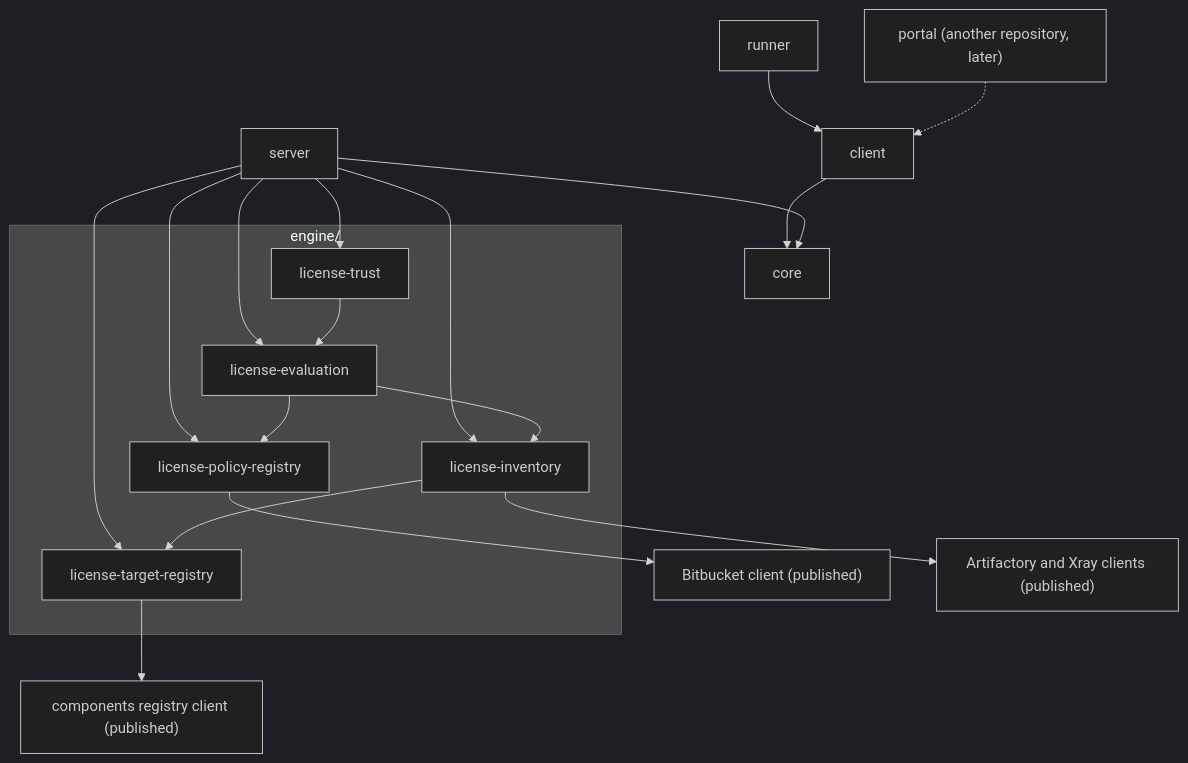
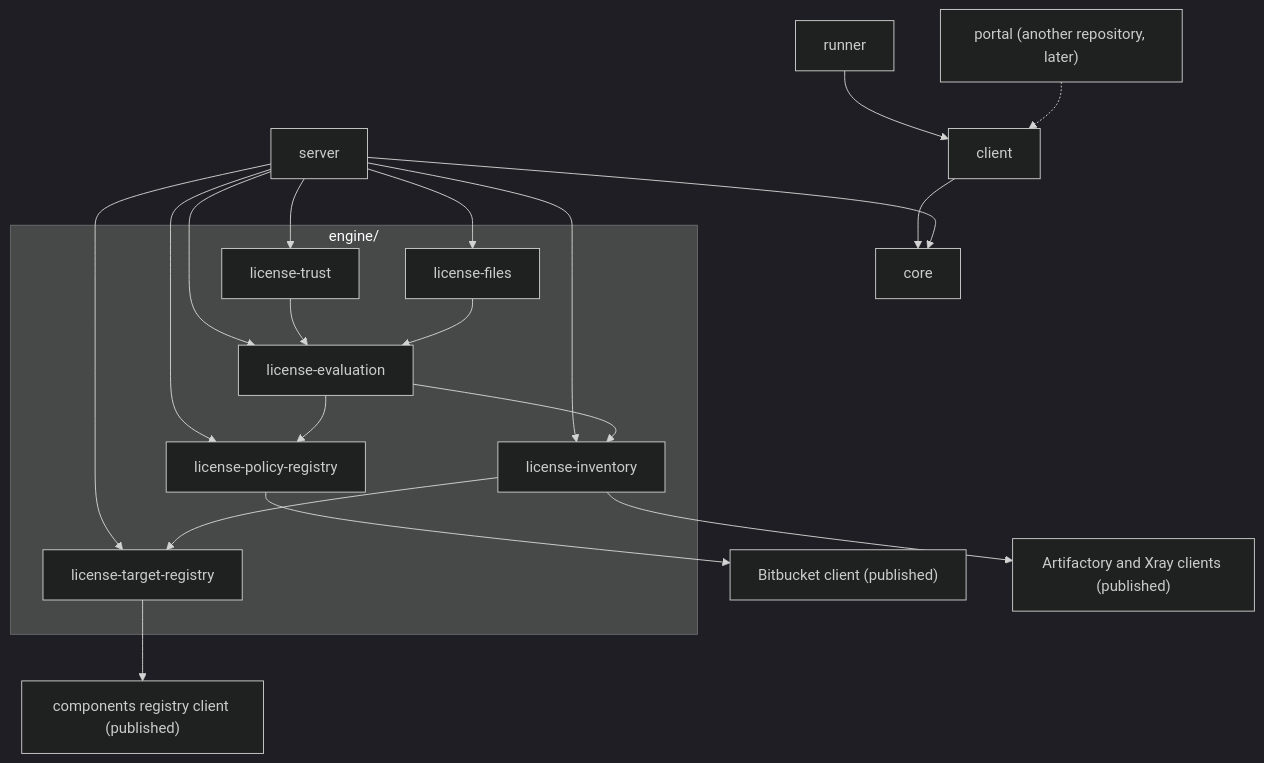
The diagram in docs/architecture.md (octopusden/octopus-license-service), drawn with Mermaid (dark theme) before and after one commit. The commit also changed other lines of this file and 66 other files, not shown here.

````diff
--- a/docs/architecture.md
+++ b/docs/architecture.md
@@ -7,26 +7,29 @@
 ```mermaid
 flowchart TD
     runner --> client
     portal["portal (another repository, later)"] -.-> client
     client --> core
     server --> core
     server --> target
     server --> policy
     server --> inventory
     server --> evaluation
     server --> trust
+    server --> files
     subgraph engine["engine/"]
         target["license-target-registry"]
         policy["license-policy-registry"]
         inventory["license-inventory"]
         evaluation["license-evaluation"]
         trust["license-trust"]
+        files["license-files"]
     end
     target --> crs["components registry client (published)"]
     policy --> bitbucket["Bitbucket client (published)"]
     inventory --> target
     inventory --> jfrog["Artifactory and Xray clients (published)"]
     evaluation --> inventory
     evaluation --> policy
     trust --> evaluation
+    files --> evaluation
 ```
````
